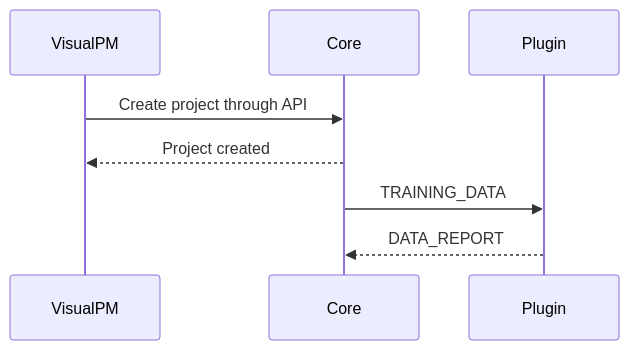
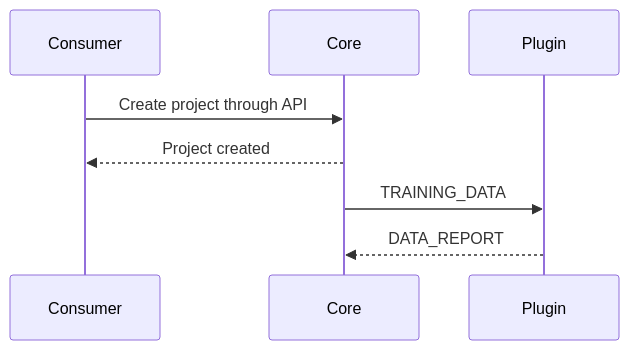
One commit to prcore/docs changed the first of 2 diagrams in content/development/plugin-system/communication/training-workflow.md. Above: the diagram before and after it, drawn with Mermaid. The commit also changed 2 other files, not shown here.

Commit message:
Site updated K 08 märts 2023 08:28:14 EET ...

```diff
--- a/content/development/plugin-system/communication/training-workflow.md
+++ b/content/development/plugin-system/communication/training-workflow.md
@@ -12,7 +12,7 @@
 {{< mermaid class="text-center" >}}
 sequenceDiagram
-    VisualPM->>Core: Create project through API
-    Core-->>VisualPM: Project created
+    Consumer->>Core: Create project through API
+    Core-->>Consumer: Project created
     Core->>Plugin: TRAINING_DATA
     Plugin-->>Core: DATA_REPORT
 {{< /mermaid >}}
```
